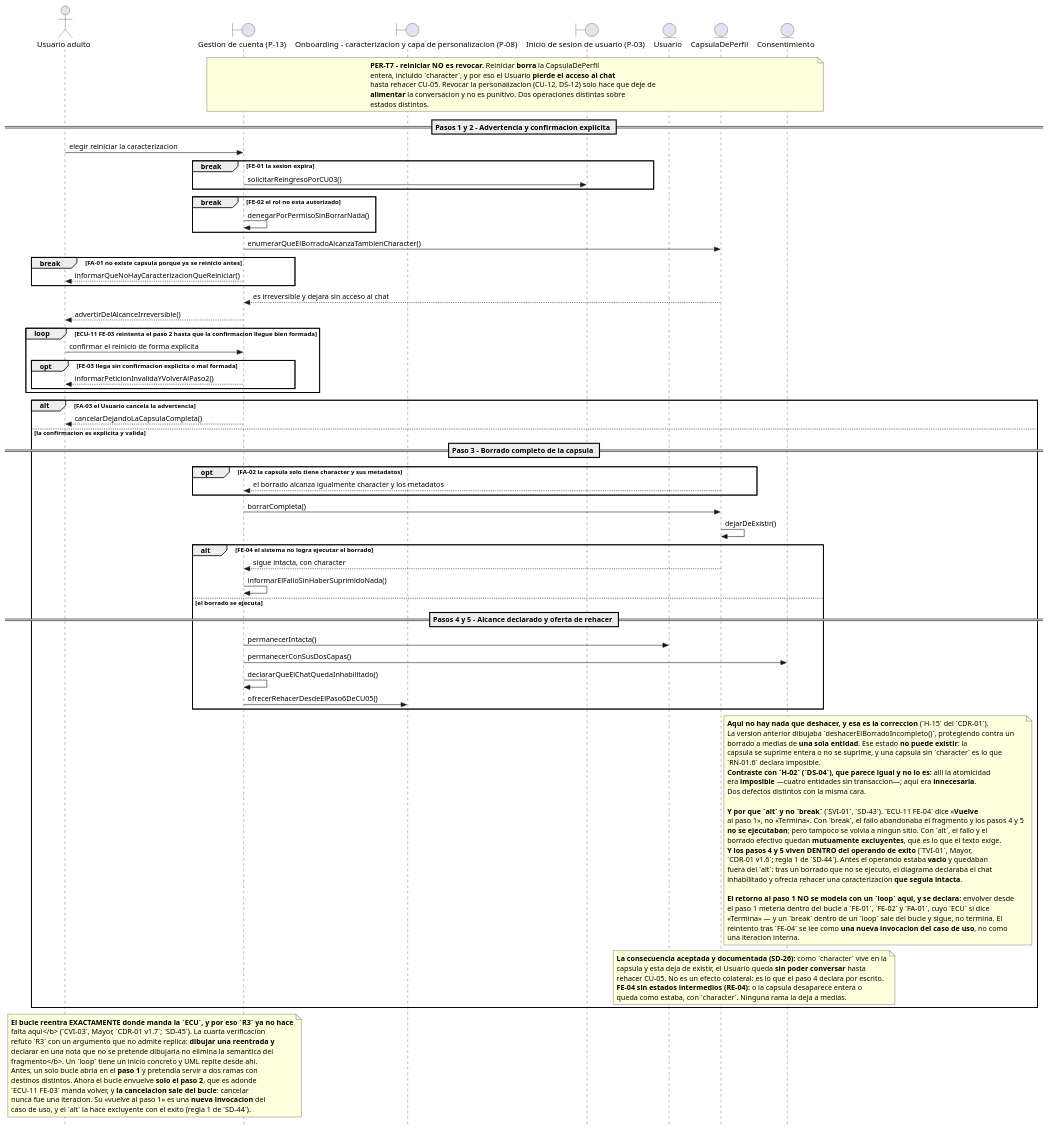
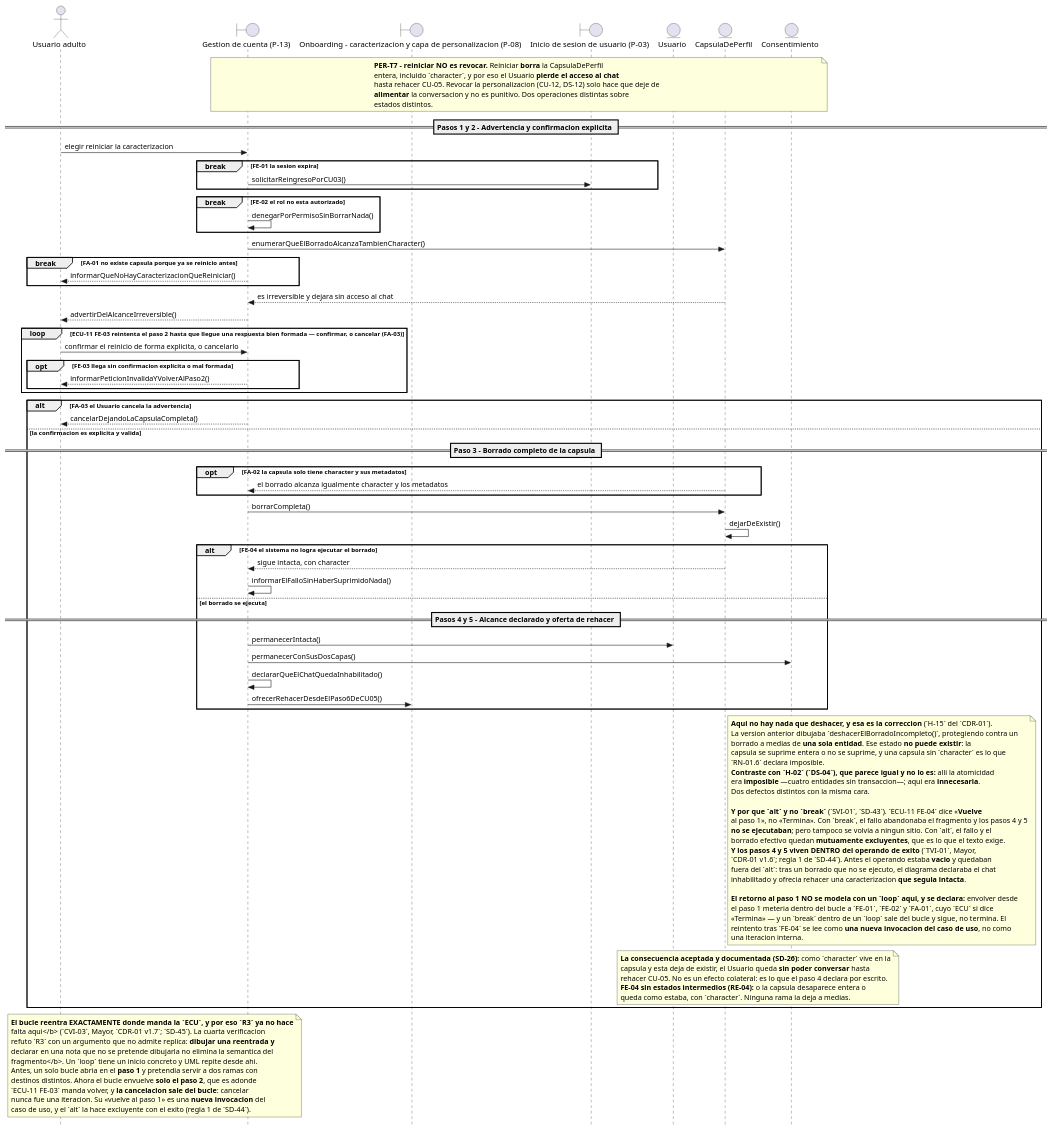
Before and after one commit to jonatan8254/alan-aura-academico: the diagram in docs/07_casos_uso/secuencia/puml/DS-11_secuencia_reiniciar_la_caracterizacion.puml, drawn with PlantUML. The commit also changed 8 other files, not shown here.

```diff
--- a/docs/07_casos_uso/secuencia/puml/DS-11_secuencia_reiniciar_la_caracterizacion.puml
+++ b/docs/07_casos_uso/secuencia/puml/DS-11_secuencia_reiniciar_la_caracterizacion.puml
@@ -1,163 +1,166 @@
 @startuml
 ' DS-11 - Secuencia de CU-11 «Reiniciar la caracterizacion»
+' v1.6 (revision interna final, SD-45): RI-2: la guarda vuelve a nombrar la cancelacion (R4) y el mensaje del actor cubre ambas respuestas.
+'       Hallado por la revision de dos subagentes ANTES del veredicto — el mismo
+'       tipo de defecto que CVI-03, sobreviviendo dentro de la correccion de CVI-03.
 ' v1.5 (CVI-03 del CDR-01 v1.7, SD-45): CVI-03: el `loop` se acota al paso 2 —adonde manda `ECU-11 FE-03`— y `FA-03` sale a un `alt`. SD-45-H1: la operacion decia el paso equivocado.
 '       R3 ya no hace falta aqui: el bucle reentra donde manda la ECU. La cuarta
 '       verificacion la refuto — dibujar una reentrada y declarar en nota que no se
 '       pretende dibujarla NO elimina la semantica del fragmento.
 ' v1.4 (TVI-01/03/04 del CDR-01 v1.6, SD-44): TVI-01: los pasos 4 y 5 pasan DENTRO del operando de exito de FE-04; la guarda nombra FA-03.
 '       CONVENCION SD-44 — R1: el sufijo de exito vive DENTRO de su operando.
 '       R2: un break dentro de un loop solo vale si lo que sigue al bucle es
 '       limpieza comun. R3: el punto de reentrada es normativo en la ECU y
 '       verificable en el CP; el diagrama NO lo dibuja. R4: la guarda nombra
 '       todas las salidas del bucle. Lo comprueba barrido_desenlaces.py.
 ' v1.3 (SVI-01 del CDR-01 v1.5, SD-43): FA-03 y FE-03 a `alt` dentro de un `loop`, y FE-04 a `alt` (ECU-11: los tres «Vuelve»).
 '       Tercer intento sobre la misma rama, y el primero que lee el DESENLACE de la
 '       ECU en vez de la categoria del flujo. `break` abandonaba; `opt` caia al exito;
 '       `break` otra vez (SD-41) se restauro alegando que la ECU decia «Termina», lo
 '       cual es FALSO. Y `loop` + `alt` (SD-43) tampoco bastaba: la TERCERA verificacion
 '       (TVI-01/02, CDR-01 v1.6) mostro que el operando de exito quedaba VACIO y la
 '       continuacion FUERA del alt, asi que el sufijo de exito se ejecutaba igual.
 '       SD-44 fija la convencion: el sufijo de exito vive DENTRO de su operando, y el
 '       punto exacto de reentrada es normativo en la ECU y verificable en el CP — el
 '       diagrama NO pretende dibujarlo. Los break legitimos quedan fuera del loop; dentro
 '       saldrian del
 '       bucle y seguirian ejecutando, en vez de terminar.
 ' v1.2 (VI-01 del CDR-01 v1.4, SD-41): FA-03, FE-03 y FE-04 vuelven de opt a BREAK.
 '       Criterio: estan a profundidad 0 —el fragmento envolvente es la interaccion
 '       entera— y su fila de ECU declara que el remanente NO se ejecuta. En UML 2.5
 '       `break` ejecuta su operando EN LUGAR DEL RESTO: es esa semantica exacta.
 '       `opt` solo saltaba su cuerpo y el flujo caia al exito.
 '       Consecuencia declarada: para estos casos el `break` ORIGINAL era correcto y
 '       esa parte de H-01 fue un falso positivo. Ver DS-00 §12.
 ' v1.1 (CDR-01): H-01 — FA-03, FE-03 y FE-04 pasan de break a opt.
 '       H-15 — FE-04 deja de deshacer un borrado parcial que sobre UNA entidad no puede existir.
 ' v1.0 (fase de diseno detallado, ICONIX paso 6)
 ' Insumos: DR-11 v2.0 (11 controladores), ECU-11 v2.0, MD-01 v1.4, DCU-01 v2.1,
 '          DIS-00 (P-13; destinos P-08, P-03), PER-01 v1.2 (PER-T7), RN-01.6.
 ' Capa de infraestructura: NO EJECUTADA por decision declarada (E-1 de DS-00).
 
 skinparam style strictuml
 skinparam shadowing false
 skinparam responseMessageBelowArrow true
 
 actor "Usuario adulto" as ACT_Usuario
 boundary "Gestion de cuenta (P-13)" as B_PaginaGestionCuenta
 boundary "Onboarding - caracterizacion y capa de personalizacion (P-08)" as B_PantallaCaracterizacion
 boundary "Inicio de sesion de usuario (P-03)" as B_PaginaInicioSesion
 entity "Usuario" as E_Usuario
 entity "CapsulaDePerfil" as E_CapsulaDePerfil
 entity "Consentimiento" as E_Consentimiento
 
 note over B_PaginaGestionCuenta, E_Consentimiento
   <b>PER-T7 - reiniciar NO es revocar.</b> Reiniciar <b>borra</b> la CapsulaDePerfil
   entera, incluido `character`, y por eso el Usuario <b>pierde el acceso al chat</b>
   hasta rehacer CU-05. Revocar la personalizacion (CU-12, DS-12) solo hace que deje de
   <b>alimentar</b> la conversacion y no es punitivo. Dos operaciones distintas sobre
   estados distintos.
 end note
 
 == Pasos 1 y 2 - Advertencia y confirmacion explicita ==
 
 ACT_Usuario -> B_PaginaGestionCuenta : elegir reiniciar la caracterizacion
 
 break FE-01 la sesion expira
   B_PaginaGestionCuenta -> B_PaginaInicioSesion : solicitarReingresoPorCU03()
 end
 
 break FE-02 el rol no esta autorizado
   B_PaginaGestionCuenta -> B_PaginaGestionCuenta : denegarPorPermisoSinBorrarNada()
 end
 
 B_PaginaGestionCuenta -> E_CapsulaDePerfil : enumerarQueElBorradoAlcanzaTambienCharacter()
 
 break FA-01 no existe capsula porque ya se reinicio antes
   B_PaginaGestionCuenta --> ACT_Usuario : informarQueNoHayCaracterizacionQueReiniciar()
 end
 
 E_CapsulaDePerfil --> B_PaginaGestionCuenta : es irreversible y dejara sin acceso al chat
 B_PaginaGestionCuenta --> ACT_Usuario : advertirDelAlcanceIrreversible()
 
-loop ECU-11 FE-03 reintenta el paso 2 hasta que la confirmacion llegue bien formada
-  ACT_Usuario -> B_PaginaGestionCuenta : confirmar el reinicio de forma explicita
+loop ECU-11 FE-03 reintenta el paso 2 hasta que llegue una respuesta bien formada — confirmar, o cancelar (FA-03)
+  ACT_Usuario -> B_PaginaGestionCuenta : confirmar el reinicio de forma explicita, o cancelarlo
 
   opt FE-03 llega sin confirmacion explicita o mal formada
     B_PaginaGestionCuenta --> ACT_Usuario : informarPeticionInvalidaYVolverAlPaso2()
   end
 end
 
 alt FA-03 el Usuario cancela la advertencia
   B_PaginaGestionCuenta --> ACT_Usuario : cancelarDejandoLaCapsulaCompleta()
 else la confirmacion es explicita y valida
 
   == Paso 3 - Borrado completo de la capsula ==
 
   opt FA-02 la capsula solo tiene character y sus metadatos
     E_CapsulaDePerfil --> B_PaginaGestionCuenta : el borrado alcanza igualmente character y los metadatos
   end
 
   B_PaginaGestionCuenta -> E_CapsulaDePerfil : borrarCompleta()
   E_CapsulaDePerfil -> E_CapsulaDePerfil : dejarDeExistir()
 
   alt FE-04 el sistema no logra ejecutar el borrado
     E_CapsulaDePerfil --> B_PaginaGestionCuenta : sigue intacta, con character
     B_PaginaGestionCuenta -> B_PaginaGestionCuenta : informarElFalloSinHaberSuprimidoNada()
   else el borrado se ejecuta
 
     == Pasos 4 y 5 - Alcance declarado y oferta de rehacer ==
 
     B_PaginaGestionCuenta -> E_Usuario : permanecerIntacta()
     B_PaginaGestionCuenta -> E_Consentimiento : permanecerConSusDosCapas()
     B_PaginaGestionCuenta -> B_PaginaGestionCuenta : declararQueElChatQuedaInhabilitado()
     B_PaginaGestionCuenta -> B_PantallaCaracterizacion : ofrecerRehacerDesdeElPaso6DeCU05()
   end
 
   note right of E_CapsulaDePerfil
     <b>Aqui no hay nada que deshacer, y esa es la correccion</b> (`H-15` del `CDR-01`).
     La version anterior dibujaba `deshacerElBorradoIncompleto()`, protegiendo contra un
     borrado a medias de <b>una sola entidad</b>. Ese estado <b>no puede existir</b>: la
     capsula se suprime entera o no se suprime, y una capsula sin `character` es lo que
     `RN-01.6` declara imposible.
     <b>Contraste con `H-02` (`DS-04`), que parece igual y no lo es:</b> alli la atomicidad
     era <b>imposible</b> —cuatro entidades sin transaccion—; aqui era <b>innecesaria</b>.
     Dos defectos distintos con la misma cara.
 
     <b>Y por que `alt` y no `break`</b> (`SVI-01`, `SD-43`). `ECU-11 FE-04` dice «<b>Vuelve</b>
     al paso 1», no «Termina». Con `break`, el fallo abandonaba el fragmento y los pasos 4 y 5
     <b>no se ejecutaban</b>; pero tampoco se volvia a ningun sitio. Con `alt`, el fallo y el
     borrado efectivo quedan <b>mutuamente excluyentes</b>, que es lo que el texto exige.
     <b>Y los pasos 4 y 5 viven DENTRO del operando de exito</b> (`TVI-01`, Mayor,
     `CDR-01 v1.6`; regla 1 de `SD-44`). Antes el operando estaba <b>vacio</b> y quedaban
     fuera del `alt`: tras un borrado que no se ejecuto, el diagrama declaraba el chat
     inhabilitado y ofrecia rehacer una caracterizacion <b>que seguia intacta</b>.
 
     <b>El retorno al paso 1 NO se modela con un `loop` aqui, y se declara:</b> envolver desde
     el paso 1 meteria dentro del bucle a `FE-01`, `FE-02` y `FA-01`, cuyo `ECU` si dice
     «Termina» — y un `break` dentro de un `loop` sale del bucle y sigue, no termina. El
     reintento tras `FE-04` se lee como <b>una nueva invocacion del caso de uso</b>, no como
     una iteracion interna.
   end note
 
   note over E_CapsulaDePerfil, E_Consentimiento
     <b>La consecuencia aceptada y documentada (SD-26):</b> como `character` vive en la
     capsula y esta deja de existir, el Usuario queda <b>sin poder conversar</b> hasta
     rehacer CU-05. No es un efecto colateral: es lo que el paso 4 declara por escrito.
     <b>FE-04 sin estados intermedios (RE-04):</b> o la capsula desaparece entera o
     queda como estaba, con `character`. Ninguna rama la deja a medias.
   end note
 
 end
 
 note over ACT_Usuario, B_PaginaGestionCuenta
   <b>El bucle reentra EXACTAMENTE donde manda la `ECU`, y por eso `R3` ya no hace
   falta aqui</b> (`CVI-03`, Mayor, `CDR-01 v1.7`; `SD-45`). La cuarta verificacion
   refuto `R3` con un argumento que no admite replica: <b>dibujar una reentrada y
   declarar en una nota que no se pretende dibujarla no elimina la semantica del
   fragmento</b>. Un `loop` tiene un inicio concreto y UML repite desde ahi.
   Antes, un solo bucle abria en el <b>paso 1</b> y pretendia servir a dos ramas con
   destinos distintos. Ahora el bucle envuelve <b>solo el paso 2</b>, que es adonde
   `ECU-11 FE-03` manda volver, y <b>la cancelacion sale del bucle</b>: cancelar
   nunca fue una iteracion. Su «vuelve al paso 1» es una <b>nueva invocacion</b> del
   caso de uso, y el `alt` la hace excluyente con el exito (regla 1 de `SD-44`).
 end note
 
 @enduml
```
